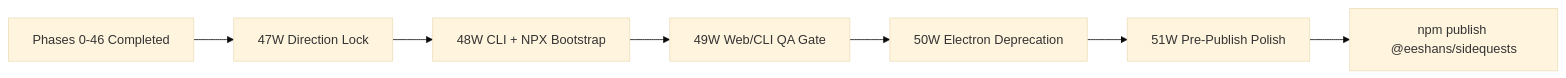
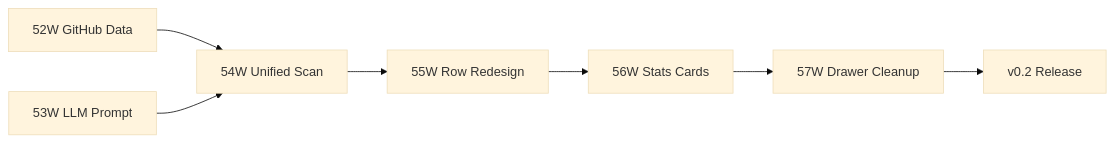
The diagram in docs/internal/IMPLEMENTATION_PLAN.md (eeshansrivastava89/sidequests), drawn with Mermaid (base theme) before and after one commit. The commit also changed other lines of this file and 27 other files, not shown here.

First line of the commit message:
feat: Phases 53W + 54W — LLM prompt redesign + unified scan UX

````diff
--- a/docs/internal/IMPLEMENTATION_PLAN.md
+++ b/docs/internal/IMPLEMENTATION_PLAN.md
@@ -192,9 +132,9 @@
 ```mermaid
 flowchart LR
-  A[Phases 0-46 Completed] --> B[47W Direction Lock]
-  B --> C[48W CLI + NPX Bootstrap]
-  C --> D[49W Web/CLI QA Gate]
-  D --> E[50W Electron Deprecation]
-  E --> F[51W Pre-Publish Polish]
-  F --> G[npm publish @eeshans/sidequests]
+  A[52W GitHub Data] --> C[54W Unified Scan]
+  B[53W LLM Prompt] --> C
+  C --> D[55W Row Redesign]
+  D --> E[56W Stats Cards]
+  E --> F[57W Drawer Cleanup]
+  F --> G[v0.2 Release]
 ```
````
